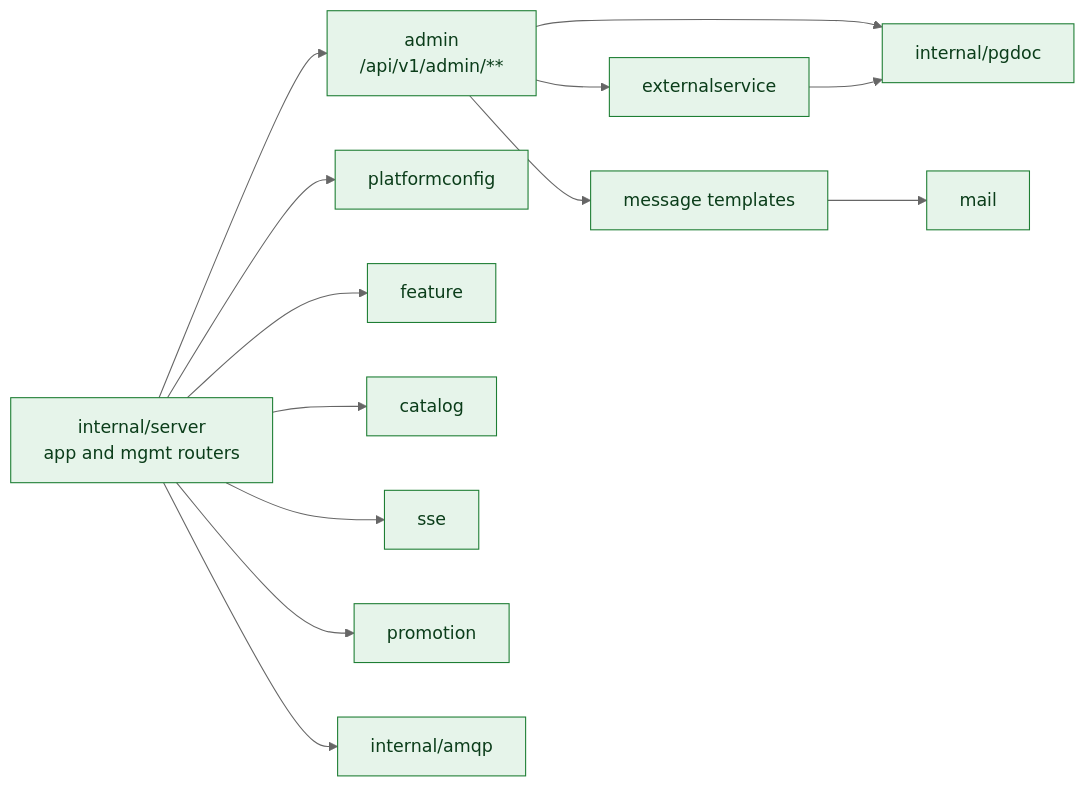
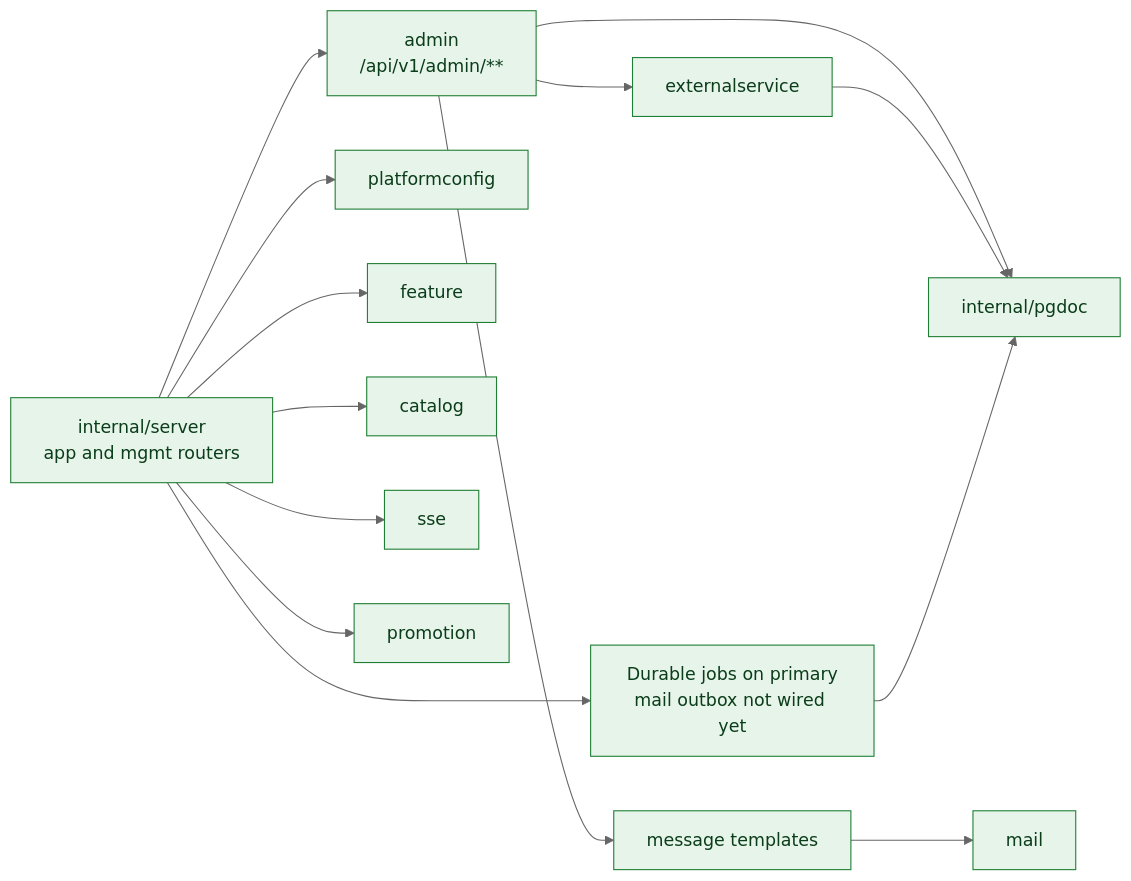
The fifth of 6 diagrams in docs/architecture/c4/c3-components.md (mutex-solutions/proxcloud), drawn with Mermaid (neutral theme) before and after one commit. The commit also changed other lines of this file and 29 other files, not shown here.

Commit message:
feat(deploy): default durable jobs to PostgreSQL without a broker

````diff
--- a/docs/architecture/c4/c3-components.md
+++ b/docs/architecture/c4/c3-components.md
@@ -259,31 +259,32 @@
 ```mermaid
 flowchart LR
   classDef impl fill:#e6f4ea,stroke:#1e7e34,color:#0b3d1a
   classDef planned fill:#f2f2f2,stroke:#8a8a8a,stroke-dasharray:5 5,color:#555555
 
   router["internal/server<br/>app and mgmt routers"]:::impl
   admin["admin<br/>/api/v1/admin/**"]:::impl
   pcfg["platformconfig"]:::impl
   feat["feature"]:::impl
   cat["catalog"]:::impl
   es["externalservice"]:::impl
   mail["mail"]:::impl
   msg["message templates"]:::impl
   sse["sse"]:::impl
   promo["promotion"]:::impl
   pg["internal/pgdoc"]:::impl
-  amqp["internal/amqp"]:::impl
+  jobs["Durable jobs on primary<br/>mail outbox not wired yet"]:::impl
 
   router --> admin
   router --> pcfg
   router --> feat
   router --> cat
   router --> promo
   router --> sse
   admin --> es
   admin --> msg
   msg --> mail
   admin --> pg
   es --> pg
-  router --> amqp
+  router --> jobs
+  jobs --> pg
 ```
````
